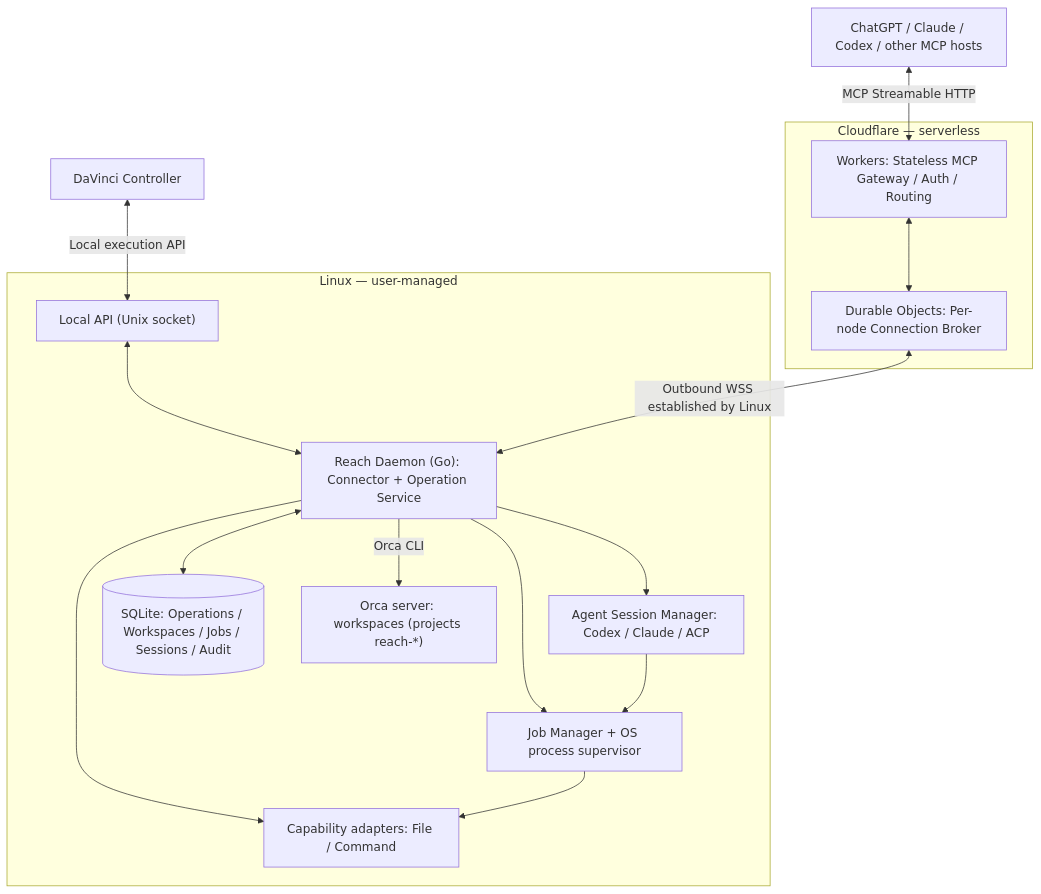
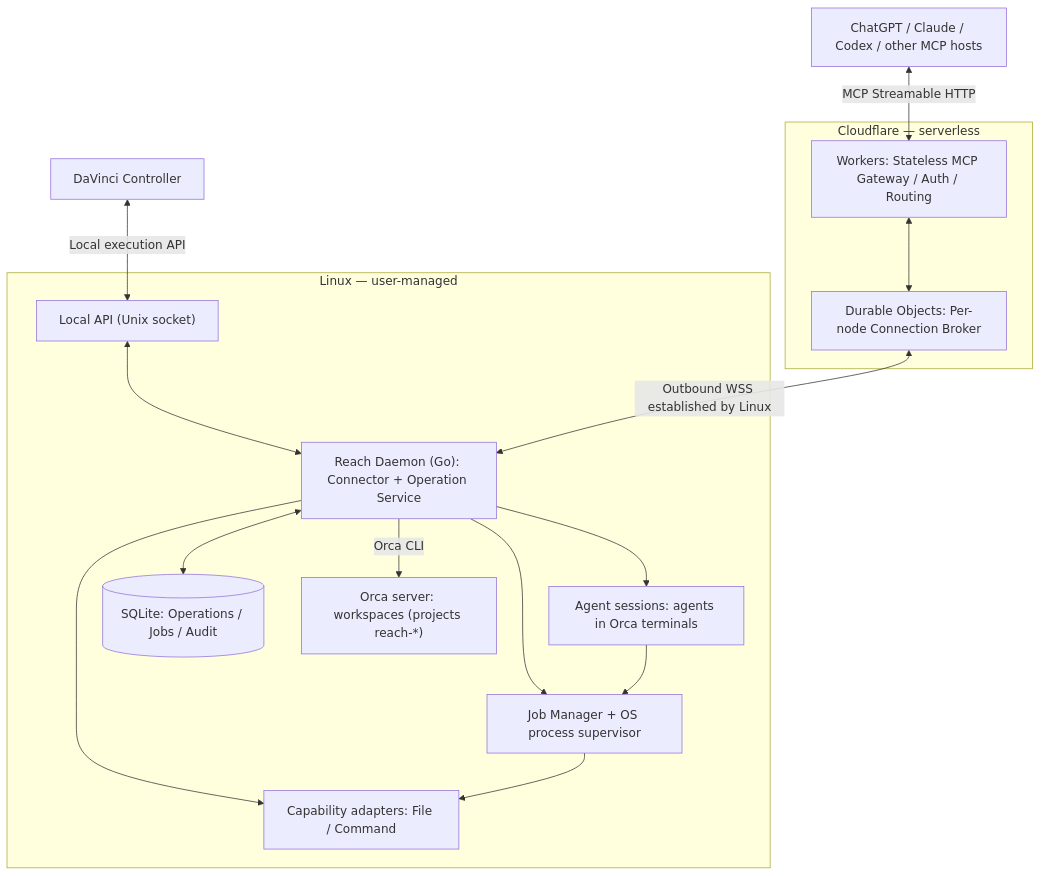
The first of 2 diagrams in ARCHITECTURE.md (takezoh/syntoria-reach), drawn with Mermaid before and after one commit. The commit also changed other lines of this file and 41 other files, not shown here.

```diff
--- a/ARCHITECTURE.md
+++ b/ARCHITECTURE.md
@@ -29,30 +29,30 @@
 ~~~mermaid
 flowchart TB
     Clients["ChatGPT / Claude / Codex / other MCP hosts"]
     DaVinci["DaVinci Controller"]
     subgraph CF["Cloudflare — serverless"]
         GW["Workers: Stateless MCP Gateway / Auth / Routing"]
         BR["Durable Objects: Per-node Connection Broker"]
         GW <--> BR
     end
     subgraph Host["Linux — user-managed"]
         REACH["Reach Daemon (Go): Connector + Operation Service"]
         LOCAL["Local API (Unix socket)"]
         CAP["Capability adapters: File / Command"]
-        PROC["Agent Session Manager: Codex / Claude / ACP"]
+        PROC["Agent sessions: agents in Orca terminals"]
         JOB["Job Manager + OS process supervisor"]
-        ST[("SQLite: Operations / Workspaces / Jobs / Sessions / Audit")]
+        ST[("SQLite: Operations / Jobs / Audit")]
         ORCA["Orca server: workspaces (projects reach-*)"]
         LOCAL <--> REACH
         REACH --> CAP
         REACH --> JOB
         REACH --> PROC
         REACH <--> ST
         REACH -->|"Orca CLI"| ORCA
         PROC --> JOB
         JOB --> CAP
     end
     Clients <-->|"MCP Streamable HTTP"| GW
     BR <-->|"Outbound WSS established by Linux"| REACH
     DaVinci <-->|"Local execution API"| LOCAL
 ~~~
```
